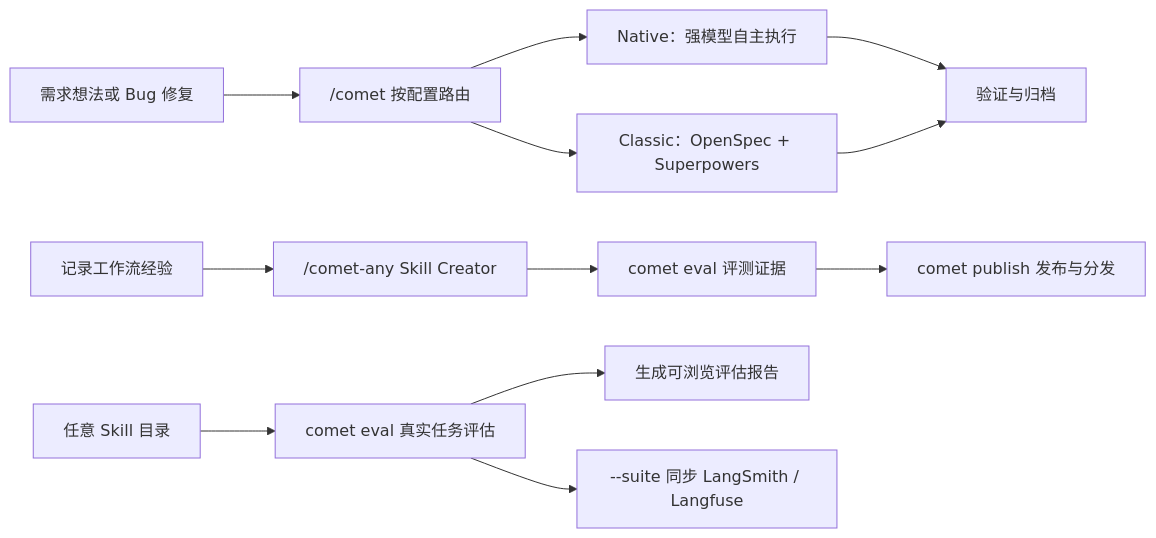
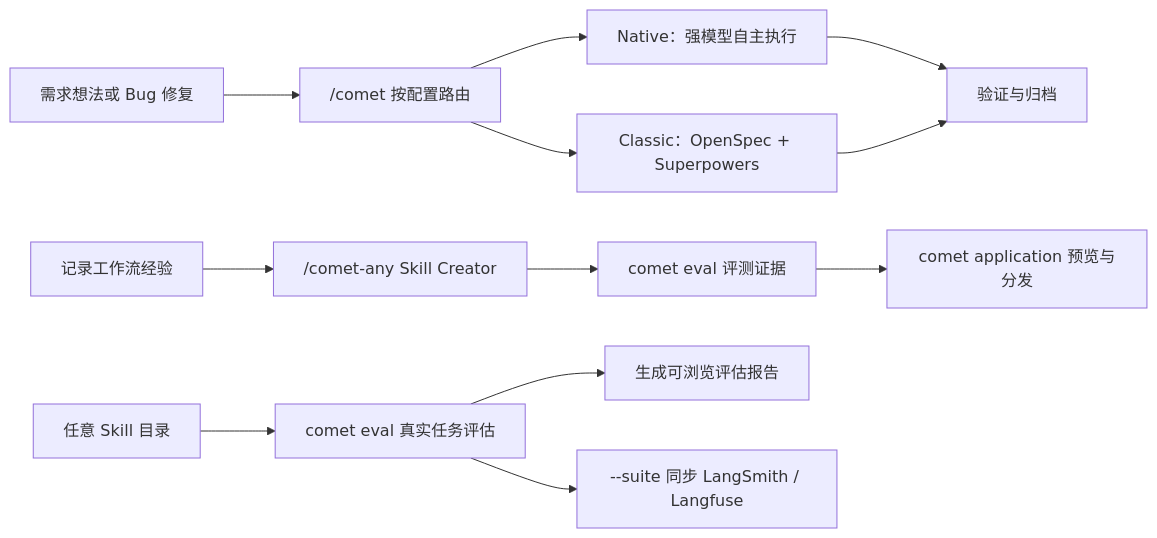
Before and after one commit to rpamis/comet-website-docs: the diagram in zh/introduction.mdx, drawn with Mermaid. The commit also changed other lines of this file and 17 other files, not shown here.

Commit message:
docs(comet-any): polish zh docs and sync application distribute command

````diff
--- a/zh/introduction.mdx
+++ b/zh/introduction.mdx
@@ -30,14 +30,14 @@
 ```mermaid
 flowchart LR
   A["需求想法或 Bug 修复"] --> B["/comet 按配置路由"]
   B --> N["Native：强模型自主执行"]
   B --> C["Classic：OpenSpec + Superpowers"]
   N --> E["验证与归档"]
   C --> E
   F["记录工作流经验"] --> G["/comet-any Skill Creator"]
   G --> H["comet eval 评测证据"]
-  H --> I["comet publish 发布与分发"]
+  H --> I["comet application 预览与分发"]
   J["任意 Skill 目录"] --> K["comet eval 真实任务评估"]
   K --> L["生成可浏览评估报告"]
   K --> M["--suite 同步 LangSmith / Langfuse"]
 ```
````
